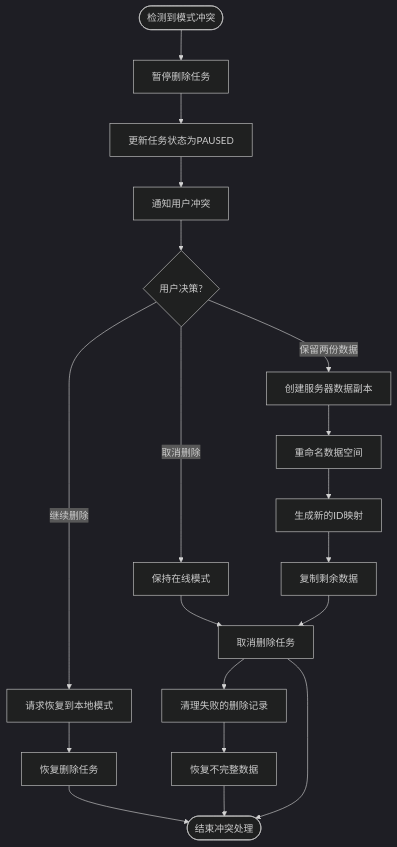
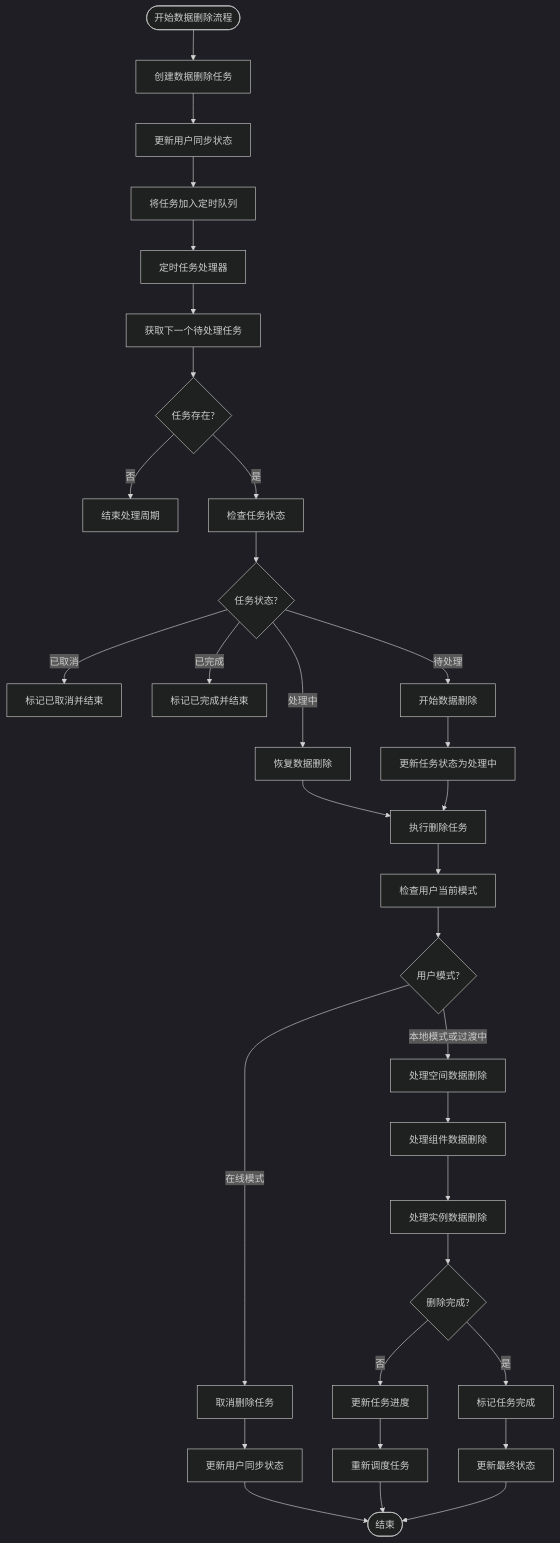
The diagram in all/未命名-51.md (yingjianzh/iodraw-files), drawn with Mermaid (dark theme) before and after one commit.

Commit message:
2025-05-08 14:02:57 update

````diff
--- a/all/未命名-51.md
+++ b/all/未命名-51.md
@@ -1,25 +1,44 @@
 ```mermaid
 flowchart TD
-    Start([检测到模式冲突]) --> PauseDeletion[暂停删除任务]
-    PauseDeletion --> UpdateTaskStatus[更新任务状态为PAUSED]
-    UpdateTaskStatus --> NotifyUser[通知用户冲突]
+    Start([开始数据删除流程]) --> CreateDeletionTask[创建数据删除任务]
+    CreateDeletionTask --> UpdateUserSyncState[更新用户同步状态]
+    UpdateUserSyncState --> ScheduleTask[将任务加入定时队列]
     
-    NotifyUser --> GetUserDecision{用户决策?}
-    GetUserDecision -->|继续删除| RevertToLocal[请求恢复到本地模式]
-    GetUserDecision -->|取消删除| StayOnline[保持在线模式]
-    GetUserDecision -->|保留两份数据| CreateCopy[创建服务器数据副本]
+    ScheduleTask --> DeletionTaskProcessor[定时任务处理器]
+    DeletionTaskProcessor --> GetNextTask[获取下一个待处理任务]
+    GetNextTask --> TaskExists{任务存在?}
     
-    RevertToLocal --> ResumeTask[恢复删除任务]
-    ResumeTask --> End([结束冲突处理])
+    TaskExists -->|否| EndProcessor[结束处理周期]
+    TaskExists -->|是| CheckTaskStatus[检查任务状态]
     
-    StayOnline --> CancelTask[取消删除任务]
-    CancelTask --> CleanupFailedDeletions[清理失败的删除记录]
-    CleanupFailedDeletions --> RestoreIncomplete[恢复不完整数据]
-    RestoreIncomplete --> End
+    CheckTaskStatus --> StatusCheck{任务状态?}
+    StatusCheck -->|已取消| MarkCancelled[标记已取消并结束]
+    StatusCheck -->|已完成| MarkCompleted[标记已完成并结束]
+    StatusCheck -->|待处理| StartDeletion[开始数据删除]
+    StatusCheck -->|处理中| ResumeDeletion[恢复数据删除]
     
-    CreateCopy --> RenameDataspace[重命名数据空间]
-    RenameDataspace --> GenerateNewIDs[生成新的ID映射]
-    GenerateNewIDs --> CopyRemainingData[复制剩余数据]
-    CopyRemainingData --> CancelTask
-    CancelTask --> End
+    StartDeletion --> UpdateTaskStatus[更新任务状态为处理中]
+    ResumeDeletion --> DeletionTask[执行删除任务]
+    UpdateTaskStatus --> DeletionTask
+    
+    DeletionTask --> CheckUserMode[检查用户当前模式]
+    CheckUserMode --> UserModeCheck{用户模式?}
+    
+    UserModeCheck -->|在线模式| CancelDeletion[取消删除任务]
+    CancelDeletion --> UpdateUserState[更新用户同步状态]
+    UpdateUserState --> End
+    
+    UserModeCheck -->|本地模式或过渡中| ProcessSpaces[处理空间数据删除]
+    ProcessSpaces --> ProcessComponents[处理组件数据删除]
+    ProcessComponents --> ProcessInstances[处理实例数据删除]
+    
+    ProcessInstances --> CompletionCheck{删除完成?}
+    CompletionCheck -->|是| MarkTaskCompleted[标记任务完成]
+    CompletionCheck -->|否| UpdateProgress[更新任务进度]
+    
+    UpdateProgress --> ReScheduleTask[重新调度任务]
+    ReScheduleTask --> End([结束])
+    
+    MarkTaskCompleted --> UpdateFinalState[更新最终状态]
+    UpdateFinalState --> End
 ```
````
